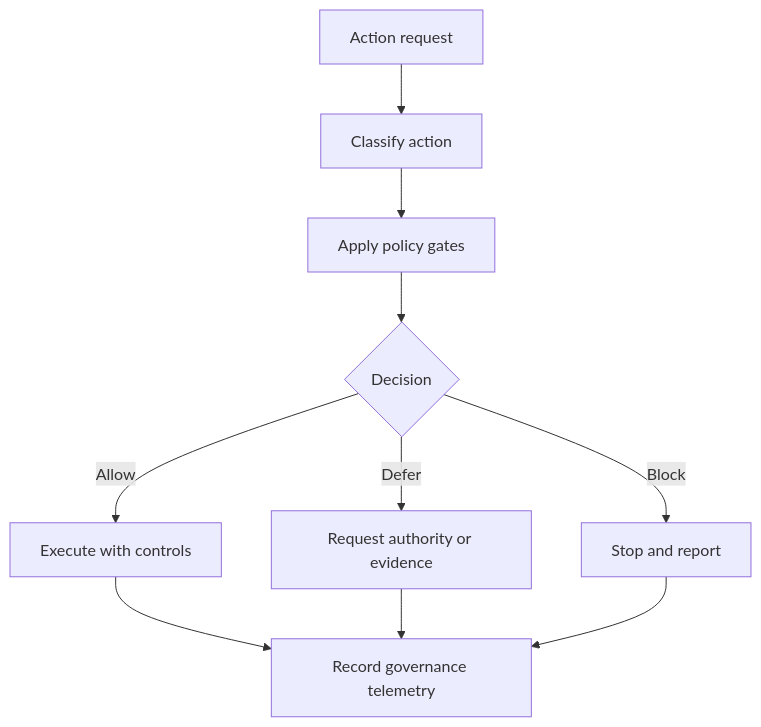
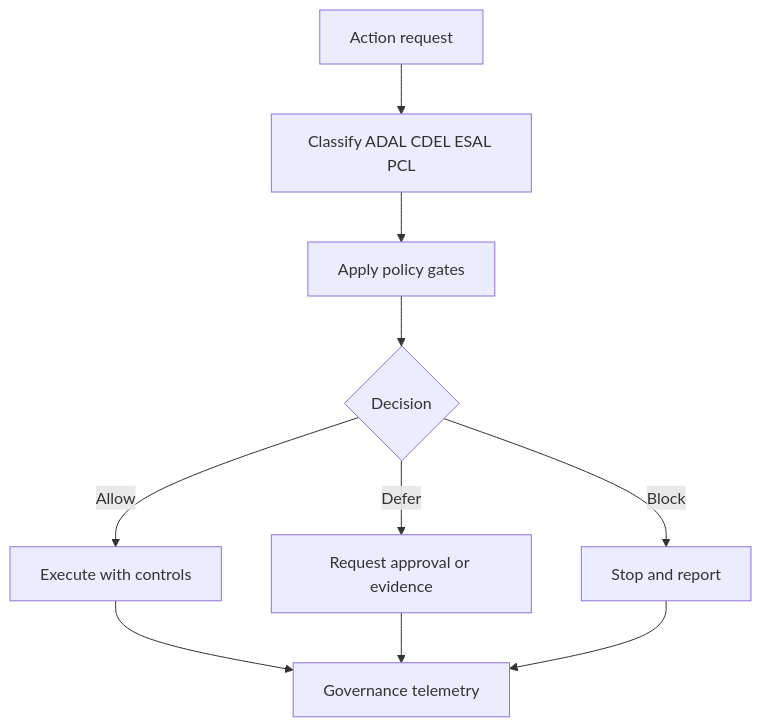
The diagram in README.md (oscar26aiagent-creator/yellow-control), drawn with Mermaid before and after one commit. The commit also changed other lines of this file and 2 other files, not shown here.

Commit message:
Expand README and architecture for narrowed Yellow-Control scope

````diff
--- a/README.md
+++ b/README.md
@@ -54,12 +52,12 @@
 ```mermaid
 flowchart TD
-  A[Action request] --> B[Classify action]
+  A[Action request] --> B[Classify ADAL CDEL ESAL PCL]
   B --> C[Apply policy gates]
   C --> D{Decision}
   D -->|Allow| E[Execute with controls]
-  D -->|Defer| F[Request authority or evidence]
+  D -->|Defer| F[Request approval or evidence]
   D -->|Block| G[Stop and report]
-  E --> H[Record governance telemetry]
+  E --> H[Governance telemetry]
   F --> H
   G --> H
 ```
````
